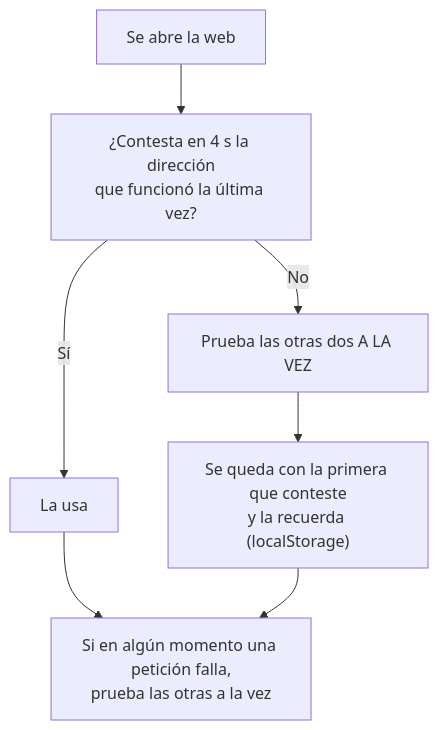
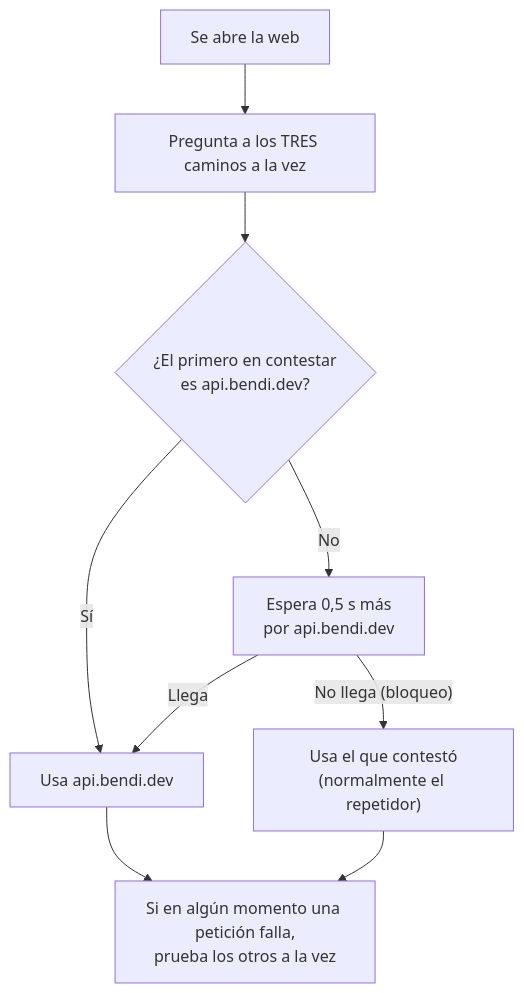
One commit to serbenda/marquesina changed the second of 2 diagrams in docs/RESPALDO.md. Above: the diagram before and after it, drawn with Mermaid. The commit also changed other lines of this file and 10 other files, not shown here.

````diff
--- a/docs/RESPALDO.md
+++ b/docs/RESPALDO.md
@@ -39,9 +39,11 @@
 ```mermaid
 flowchart TB
-  A["Se abre la web"] --> B["¿Contesta en 4 s la dirección<br/>que funcionó la última vez?"]
-  B -- "Sí" --> U["La usa"]
-  B -- "No" --> C["Prueba las otras dos A LA VEZ"]
-  C --> D["Se queda con la primera que conteste<br/>y la recuerda (localStorage)"]
-  U --> E["Si en algún momento una petición falla,<br/>prueba las otras a la vez"]
-  D --> E
+  A["Se abre la web"] --> B["Pregunta a los TRES caminos a la vez"]
+  B --> C{"¿El primero en contestar<br/>es api.bendi.dev?"}
+  C -- "Sí" --> U["Usa api.bendi.dev"]
+  C -- "No" --> D["Espera 0,5 s más<br/>por api.bendi.dev"]
+  D -- "Llega" --> U
+  D -- "No llega (bloqueo)" --> R["Usa el que contestó<br/>(normalmente el repetidor)"]
+  U --> E["Si en algún momento una petición falla,<br/>prueba los otros a la vez"]
+  R --> E
 ```
````
